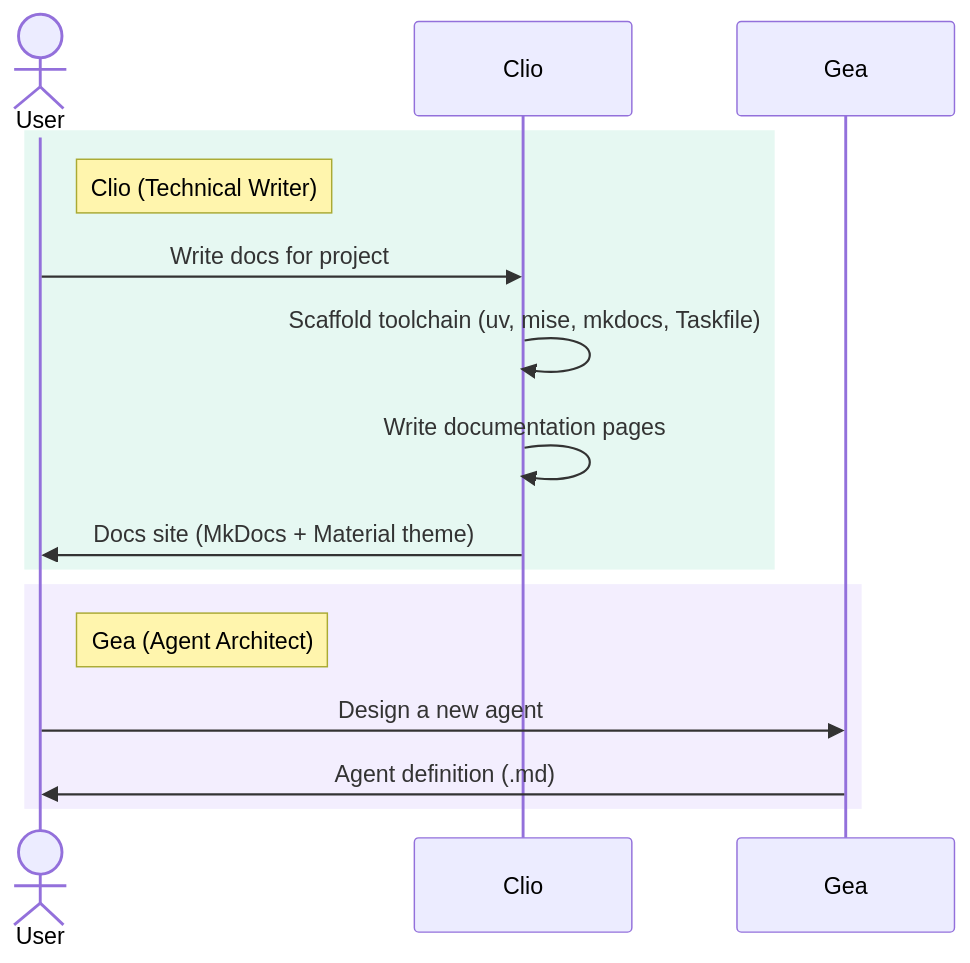
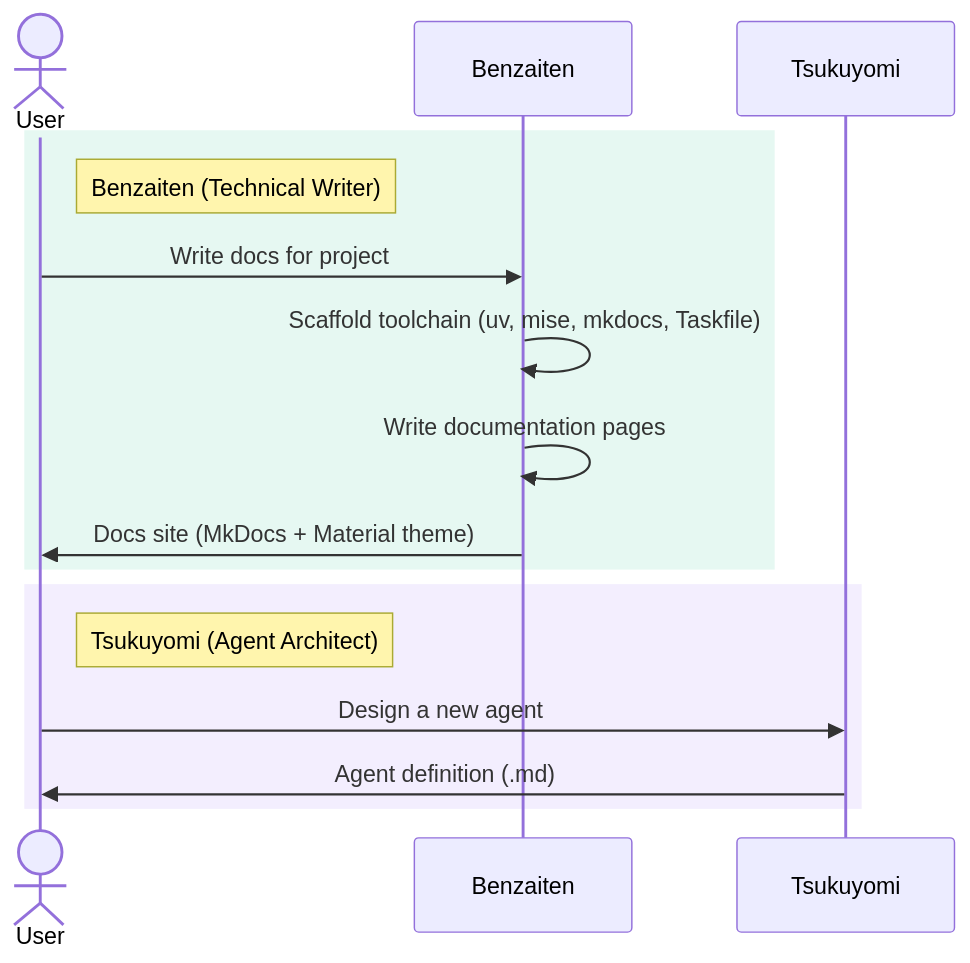
Before and after one commit to dragoscirjan/opencode-config: the first of 6 diagrams in README_DEV.md, drawn with Mermaid. The commit also changed other lines of this file and 25 other files, not shown here.

````diff
--- a/README_DEV.md
+++ b/README_DEV.md
@@ -64,18 +64,18 @@
 ```mermaid
 sequenceDiagram
     actor User
 
     rect rgb(16, 185, 129, 0.1)
-    note right of User: Clio (Technical Writer)
-    User->>Clio: Write docs for project
-    Clio->>Clio: Scaffold toolchain (uv, mise, mkdocs, Taskfile)
-    Clio->>Clio: Write documentation pages
-    Clio->>User: Docs site (MkDocs + Material theme)
+    note right of User: Benzaiten (Technical Writer)
+    User->>Benzaiten: Write docs for project
+    Benzaiten->>Benzaiten: Scaffold toolchain (uv, mise, mkdocs, Taskfile)
+    Benzaiten->>Benzaiten: Write documentation pages
+    Benzaiten->>User: Docs site (MkDocs + Material theme)
     end
 
     rect rgb(139, 92, 246, 0.1)
-    note right of User: Gea (Agent Architect)
-    User->>Gea: Design a new agent
-    Gea->>User: Agent definition (.md)
+    note right of User: Tsukuyomi (Agent Architect)
+    User->>Tsukuyomi: Design a new agent
+    Tsukuyomi->>User: Agent definition (.md)
     end
 ```
````
